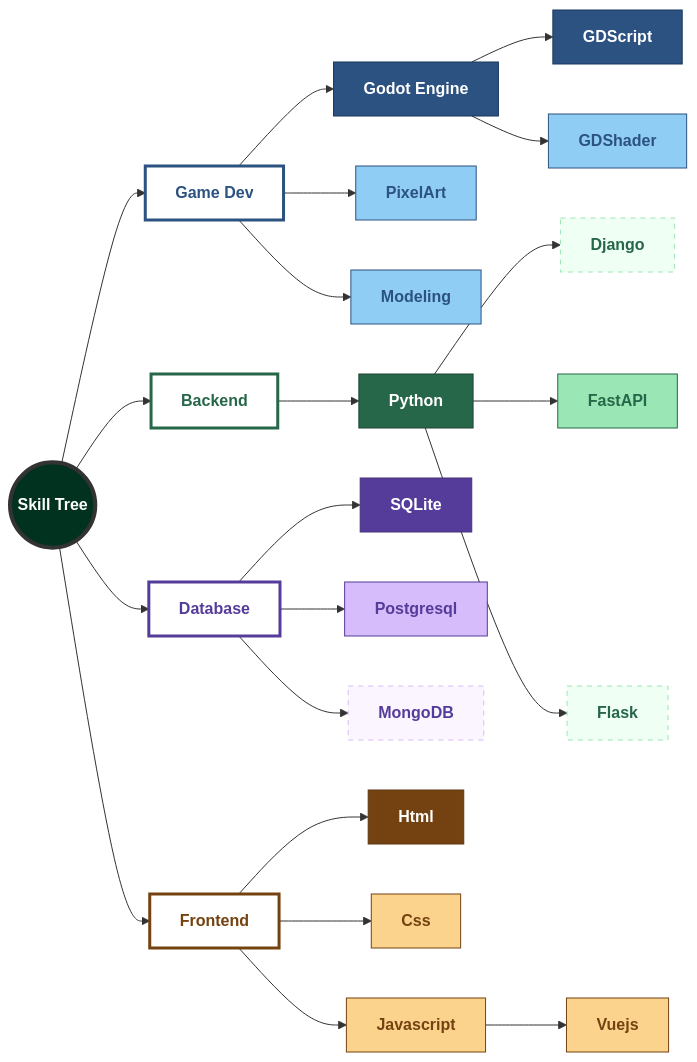
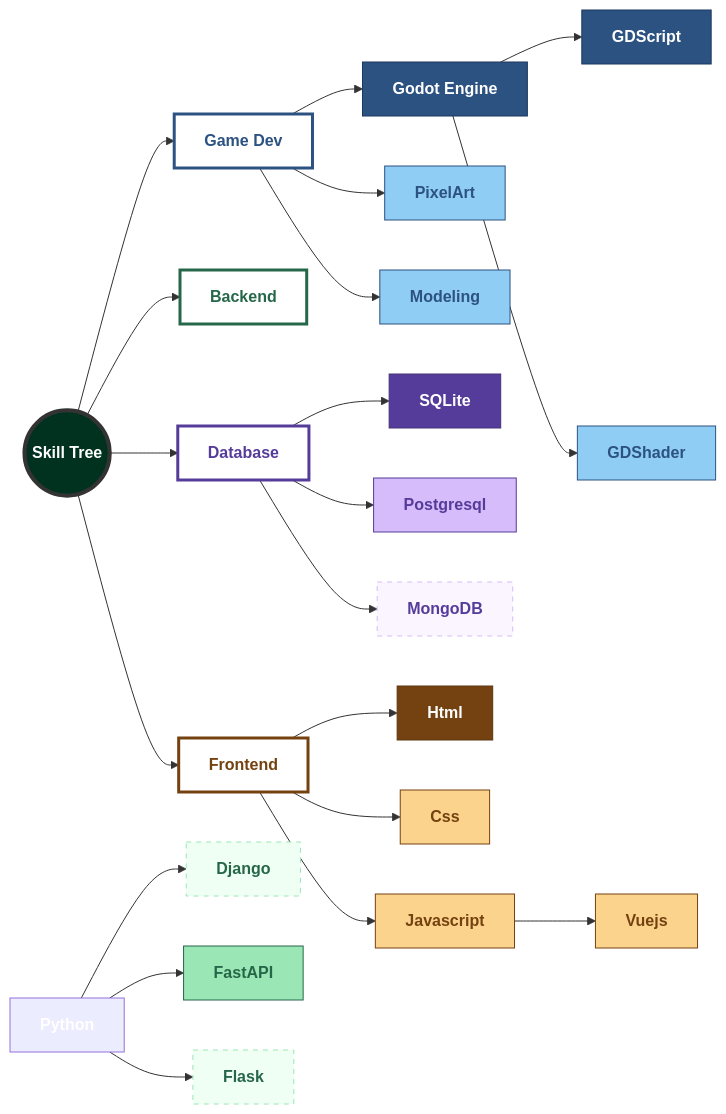
Before and after one commit to tdbbbfps/tdbbbfps: the diagram in README.md, drawn with Mermaid.

Commit message:
docs: revise my backend skill structure.

````diff
--- a/README.md
+++ b/README.md
@@ -18,61 +18,60 @@
 ```mermaid
 flowchart LR
     classDef root fill:#013220,color:#fff,stroke:#333,stroke-width:4px,font-weight:bold;
     
     %% Branch styles
     classDef g_root fill:#fff,color:#2C5282,stroke:#2C5282,stroke-width:3px,font-weight:bold;
     classDef b_root fill:#fff,color:#276749,stroke:#276749,stroke-width:3px,font-weight:bold;
     classDef f_root fill:#fff,color:#744210,stroke:#744210,stroke-width:3px,font-weight:bold;
     classDef d_root fill:#fff,color:#553C9A,stroke:#553C9A,stroke-width:3px,font-weight:bold;
 
     %% Game dev styles
     classDef g_master fill:#2C5282,color:#fff,stroke:#1A365D;
     classDef g_learning fill:#90CDF4,color:#2C5282,stroke:#2C5282;
     classDef g_planned fill:#EBF8FF,color:#2C5282,stroke:#90CDF4,stroke-dasharray: 5 5;
 
     %% Backend styles
     classDef b_master fill:#276749,color:#fff,stroke:#1C4532;
     classDef b_learning fill:#9AE6B4,color:#276749,stroke:#276749;
     classDef b_planned fill:#F0FFF4,color:#276749,stroke:#9AE6B4,stroke-dasharray: 5 5;
 
     %% Frontend styles
     classDef f_master fill:#744210,color:#fff,stroke:#5F370E;
     classDef f_learning fill:#FBD38D,color:#744210,stroke:#744210;
     classDef f_planned fill:#FFFAF0,color:#744210,stroke:#FBD38D,stroke-dasharray: 5 5;
 
     %% Database styles
     classDef d_master fill:#553C9A,color:#fff,stroke:#44337A;
     classDef d_learning fill:#D6BCFA,color:#553C9A,stroke:#553C9A;
     classDef d_planned fill:#FAF5FF,color:#553C9A,stroke:#D6BCFA,stroke-dasharray: 5 5;
 
     %% Skill tree
     Root((Skill Tree)):::root
 
     %% Game dev branch
     Root --> GameDev[Game Dev]:::g_root
     GameDev --> Godot[Godot Engine]:::g_master
     Godot --> GDScript[GDScript]:::g_master
     Godot --> GDShader[GDShader]:::g_learning
     GameDev --> PixelArt[PixelArt]:::g_learning
     GameDev --> Modeling[Modeling]:::g_learning
 
     %% Backend branch
     Root --> Backend[Backend]:::b_root
-    Backend --> Python[Python]:::b_master
     Python --> Django[Django]:::b_planned
     Python --> FastAPI[FastAPI]:::b_learning
     Python --> Flask[Flask]:::b_planned
 
     %% Database branch
     Root --> Database[Database]:::d_root
     Database --> SQLite[SQLite]:::d_master
     Database --> Postgresql[Postgresql]:::d_learning
     Database --> MongoDB[MongoDB]:::d_planned
     
     %% Frontend branch
     Root --> Frontend[Frontend]:::f_root
     Frontend --> Html[Html]:::f_master
     Frontend --> Css[Css]:::f_learning
     Frontend --> Javascript[Javascript]:::f_learning
     Javascript --> Vuejs[Vuejs]:::f_learning
 ```
````
